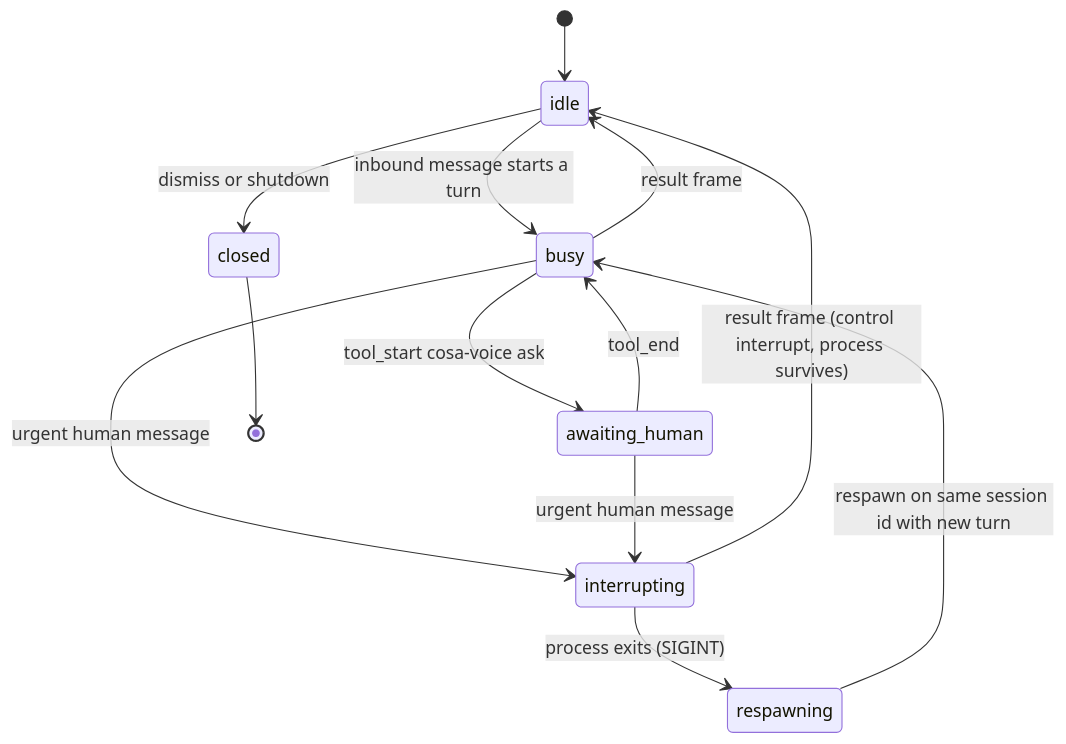
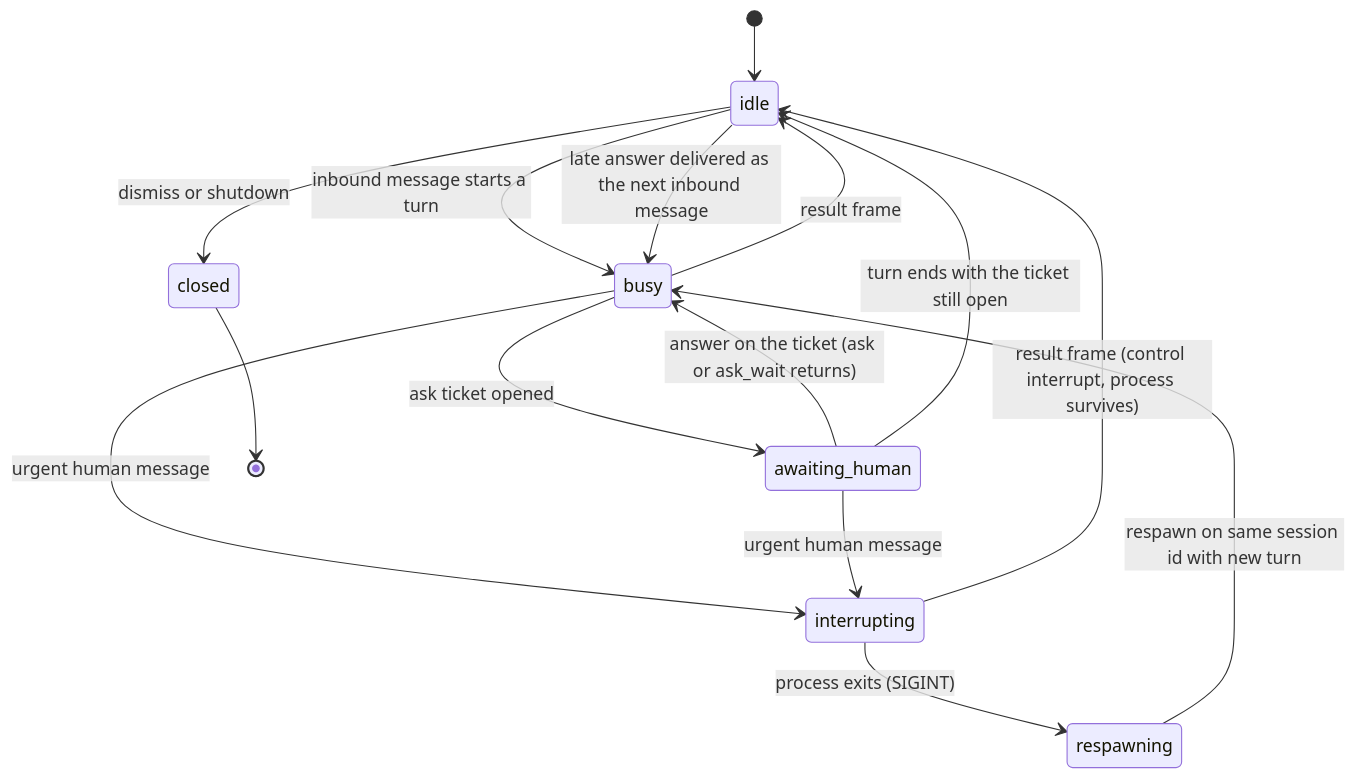
Before and after one commit to deepily/unified-headless-wrapper: the second of 6 diagrams in src/rnd/v0.0.1/2026.10.14-uhw-implementation-planning-framework.md, drawn with Mermaid. The commit also changed other lines of this file and 13 other files, not shown here.

````diff
--- a/src/rnd/v0.0.1/2026.10.14-uhw-implementation-planning-framework.md
+++ b/src/rnd/v0.0.1/2026.10.14-uhw-implementation-planning-framework.md
@@ -184,15 +264,17 @@
 ```mermaid
 stateDiagram-v2
     [*] --> idle
     idle --> busy: inbound message starts a turn
     busy --> idle: result frame
-    busy --> awaiting_human: tool_start cosa-voice ask
-    awaiting_human --> busy: tool_end
+    busy --> awaiting_human: ask ticket opened
+    awaiting_human --> busy: answer on the ticket (ask or ask_wait returns)
+    awaiting_human --> idle: turn ends with the ticket still open
+    idle --> busy: late answer delivered as the next inbound message
     busy --> interrupting: urgent human message
     awaiting_human --> interrupting: urgent human message
     interrupting --> idle: result frame (control interrupt, process survives)
     interrupting --> respawning: process exits (SIGINT)
     respawning --> busy: respawn on same session id with new turn
     idle --> closed: dismiss or shutdown
     closed --> [*]
 ```
````
